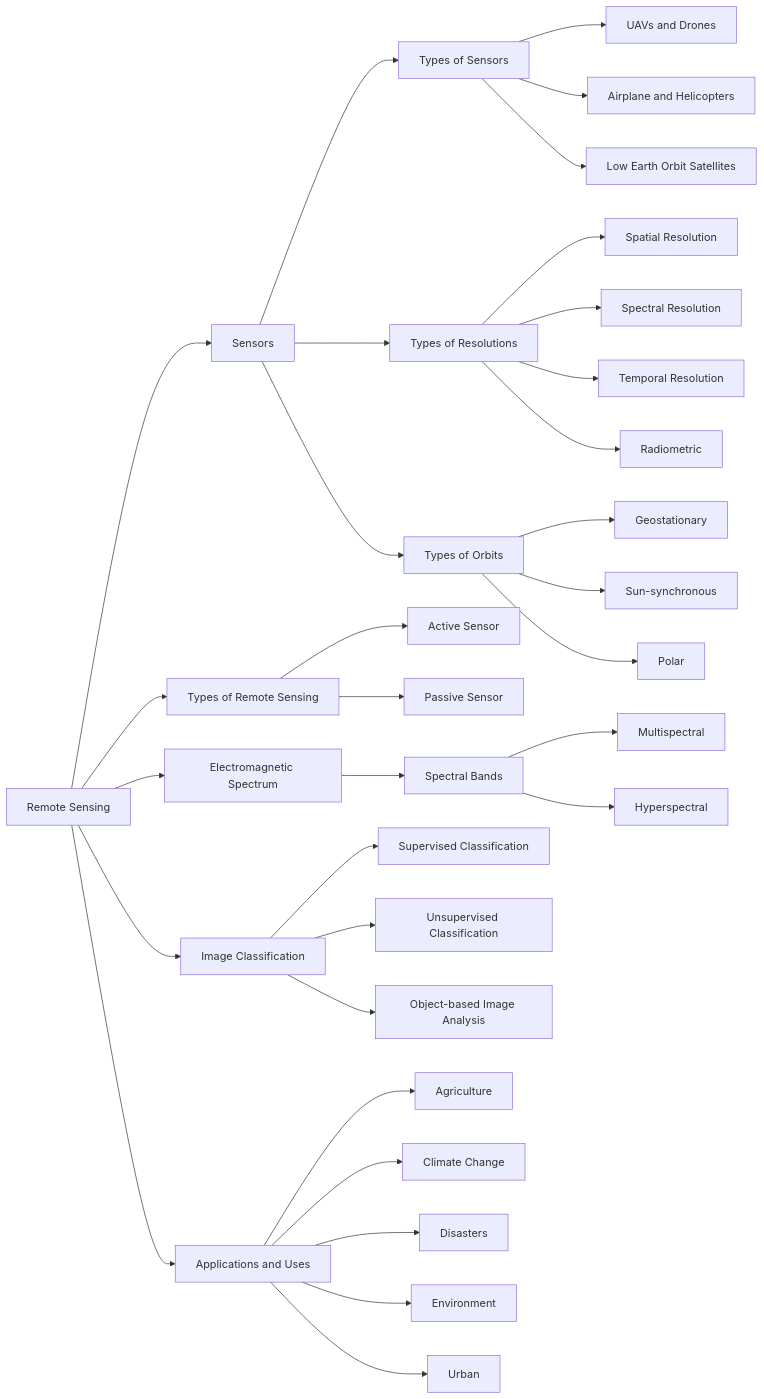
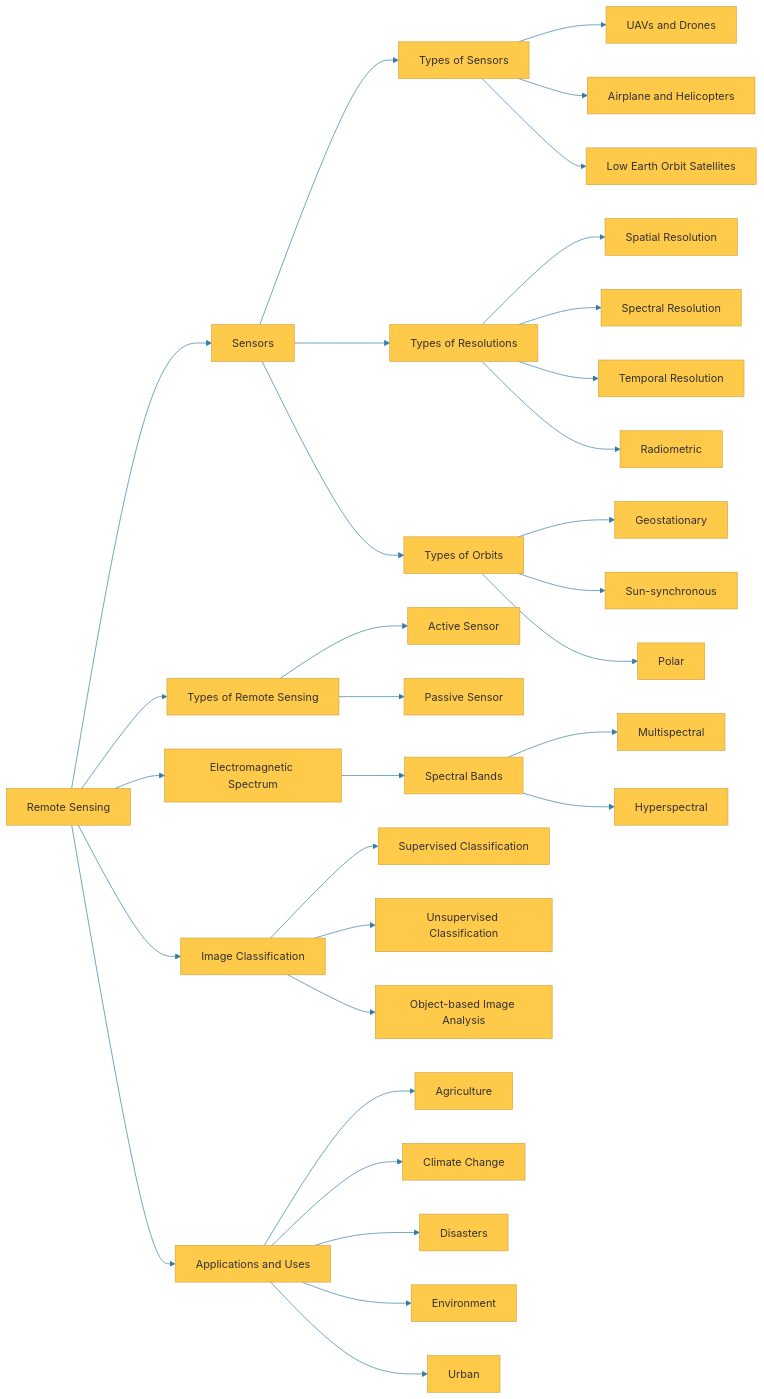
The diagram in week1.qmd (ListianingrumR/remote-sensing), drawn with Mermaid before and after one commit. The commit also changed other lines of this file and 44 other files, not shown here.

````diff
--- a/week1.qmd
+++ b/week1.qmd
@@ -5,34 +5,35 @@
 ```{mermaid}
+%%{init: {'theme': 'base', 'themeVariables': { 'primaryColor': '#FFC94A' , 'lineColor':'#327CA7'}}}%%
 flowchart LR;
     id1[Remote Sensing]-->id11[Sensors];
       id11-->id111[Types of Sensors];
         id111-->id1111[UAVs and Drones];
         id111-->id1112[Airplane and Helicopters];
         id111-->id1113[Low Earth Orbit Satellites];
       id11-->id112[Types of Resolutions];
         id112-->id1121[Spatial Resolution];
         id112-->id1122[Spectral Resolution];
         id112-->id1123[Temporal Resolution];
         id112-->id1124[Radiometric]
       id11-->id115[Types of Orbits];
         id115-->id1151[Geostationary];
         id115-->id1152[Sun-synchronous];
         id115-->id1153[Polar];
     id1-->id12[Types of Remote Sensing];
       id12-->id121[Active Sensor];
       id12-->id122[Passive Sensor];
     id1-->id13[Electromagnetic Spectrum];
       id13-->id131[Spectral Bands];
         id131-->id1311[Multispectral];
         id131-->id1312[Hyperspectral];
     id1-->id14[Image Classification];
       id14-->id141[Supervised Classification];
       id14-->id142[Unsupervised Classification];
       id14-->id143[Object-based Image Analysis];
     id1-->id15[Applications and Uses];
       id15-->id151[Agriculture];
       id15-->id152[Climate Change];
       id15-->id153[Disasters];
       id15-->id154[Environment];
       id15-->id155[Urban];
 ```
````
